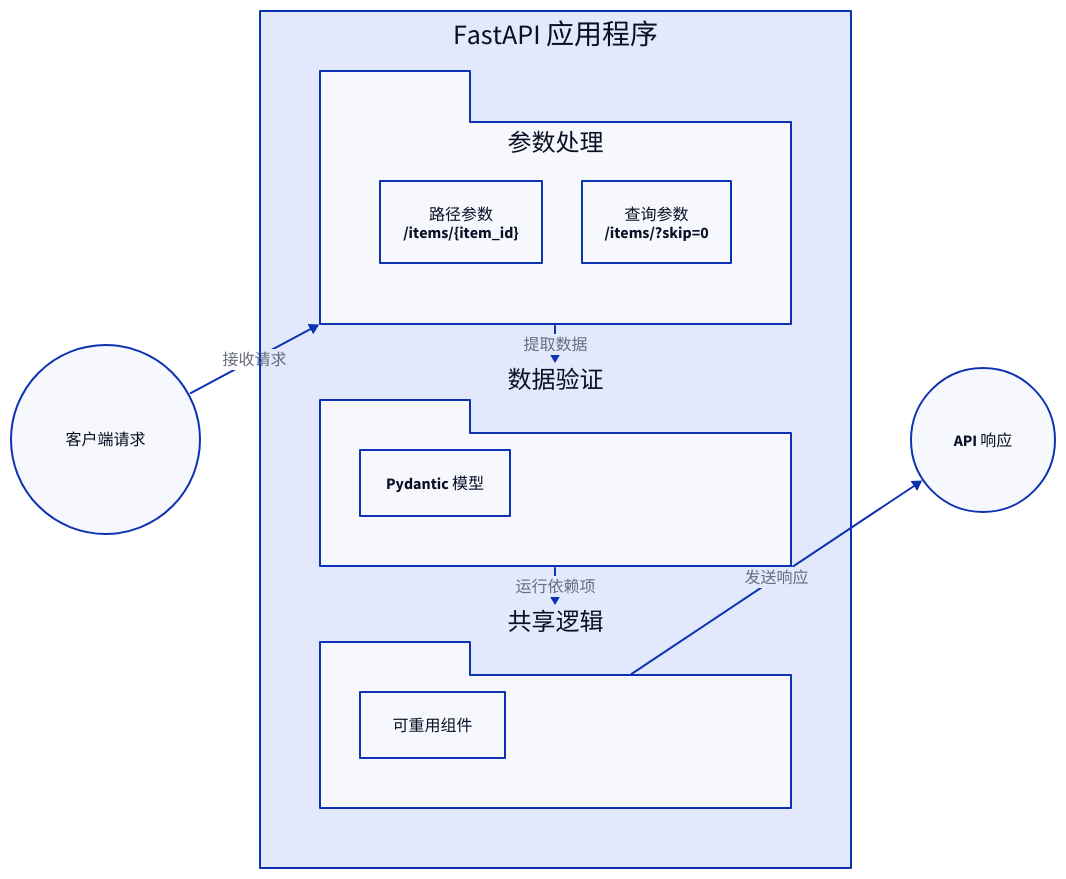
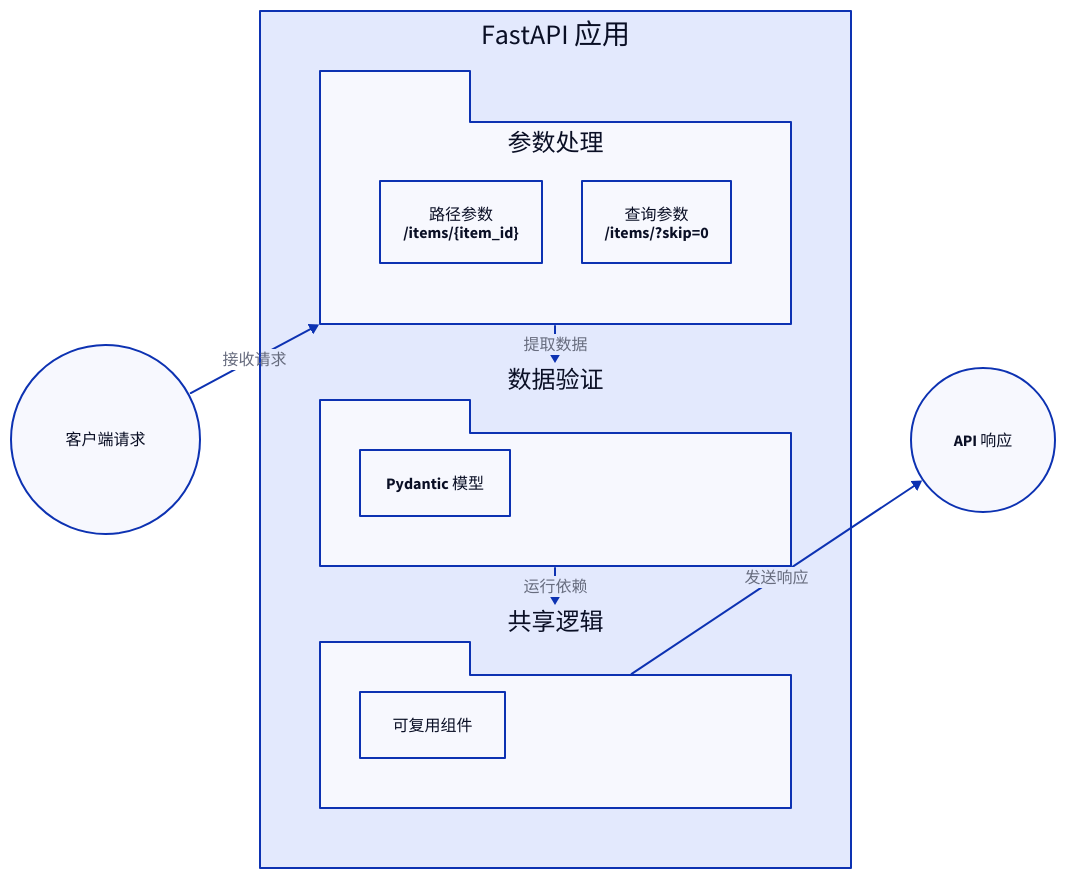
One commit to lban2049/fastapi changed the diagram in .aigne/doc-smith/docs/user-guide.zh.md. Above: the diagram before and after it, drawn with D2. The commit also changed other lines of this file and 40 other files, not shown here.

````diff
--- a/.aigne/doc-smith/docs/user-guide.zh.md
+++ b/.aigne/doc-smith/docs/user-guide.zh.md
@@ -9,43 +9,43 @@
 ```d2
 direction: down
 
 "客户端请求" {
   shape: circle
 }
 
-"FastAPI 应用程序" {
+"FastAPI 应用" {
   shape: rectangle
   grid-columns: 1
 
   "参数处理" {
     shape: package
     grid-columns: 2
 
     "路径参数": {
       label: "路径参数\n/items/{item_id}"
     }
     "查询参数": {
       label: "查询参数\n/items/?skip=0"
     }
   }
 
   "数据验证" {
     shape: package
     "请求体": "Pydantic 模型"
   }
 
   "共享逻辑" {
     shape: package
-    "依赖注入": "可重用组件"
+    "依赖注入": "可复用组件"
   }
 }
 
 "API 响应" {
   shape: circle
 }
 
-"客户端请求" -> "FastAPI 应用程序"."参数处理": "接收请求"
-"FastAPI 应用程序"."参数处理" -> "FastAPI 应用程序"."数据验证": "提取数据"
-"FastAPI 应用程序"."数据验证" -> "FastAPI 应用程序"."共享逻辑": "运行依赖项"
-"FastAPI 应用程序"."共享逻辑" -> "API 响应": "发送响应"
+"客户端请求" -> "FastAPI 应用"."参数处理": "接收请求"
+"FastAPI 应用"."参数处理" -> "FastAPI 应用"."数据验证": "提取数据"
+"FastAPI 应用"."数据验证" -> "FastAPI 应用"."共享逻辑": "运行依赖"
+"FastAPI 应用"."共享逻辑" -> "API 响应": "发送响应"
 ```
````
